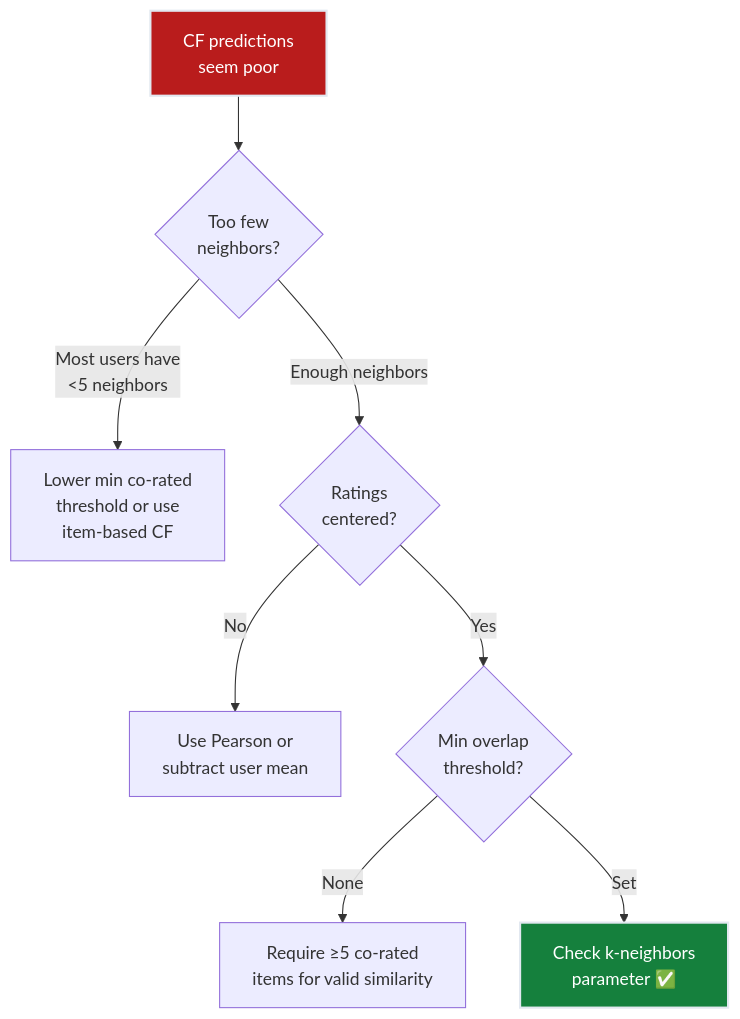
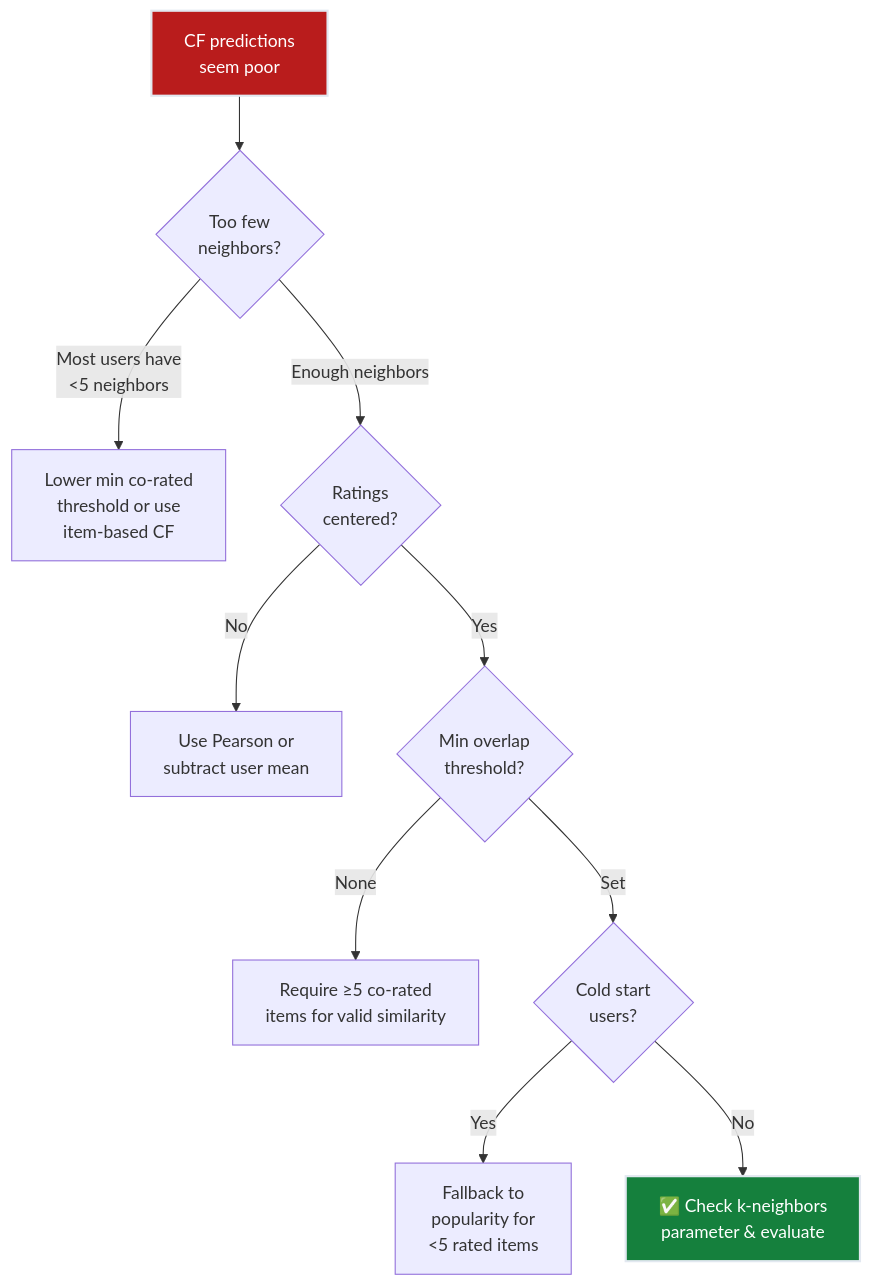
One commit to deepakshamsft/ai-portfolio changed the fourth of 5 diagrams in notes/ML/04_recommender_systems/ch02_collaborative_filtering/README.md. Above: the diagram before and after it, drawn with Mermaid. The commit also changed other lines of this file and 41 other files, not shown here.

````diff
--- a/notes/ML/04_recommender_systems/ch02_collaborative_filtering/README.md
+++ b/notes/ML/04_recommender_systems/ch02_collaborative_filtering/README.md
@@ -282,13 +460,15 @@
 ```mermaid
 flowchart TD
     START["CF predictions<br/>seem poor"] --> SPARSE{"Too few<br/>neighbors?"}
     SPARSE -->|"Most users have<br/><5 neighbors"| FIX1["Lower min co-rated<br/>threshold or use<br/>item-based CF"]
     SPARSE -->|"Enough neighbors"| CENTER{"Ratings<br/>centered?"}
     CENTER -->|"No"| FIX2["Use Pearson or<br/>subtract user mean"]
     CENTER -->|"Yes"| OVERLAP{"Min overlap<br/>threshold?"}
     OVERLAP -->|"None"| FIX3["Require ≥5 co-rated<br/>items for valid similarity"]
-    OVERLAP -->|"Set"| OK["Check k-neighbors<br/>parameter ✅"]
+    OVERLAP -->|"Set"| COLD{"Cold start<br/>users?"}
+    COLD -->|"Yes"| FIX4["Fallback to<br/>popularity for<br/><5 rated items"]
+    COLD -->|"No"| OK["✅ Check k-neighbors<br/>parameter & evaluate"]
     
     style START fill:#b91c1c,stroke:#e2e8f0,stroke-width:2px,color:#ffffff
     style OK fill:#15803d,stroke:#e2e8f0,stroke-width:2px,color:#ffffff
 ```
````
